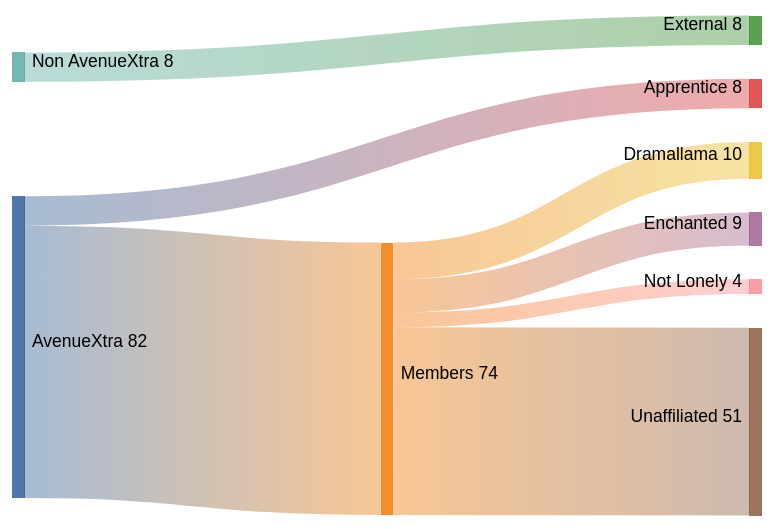
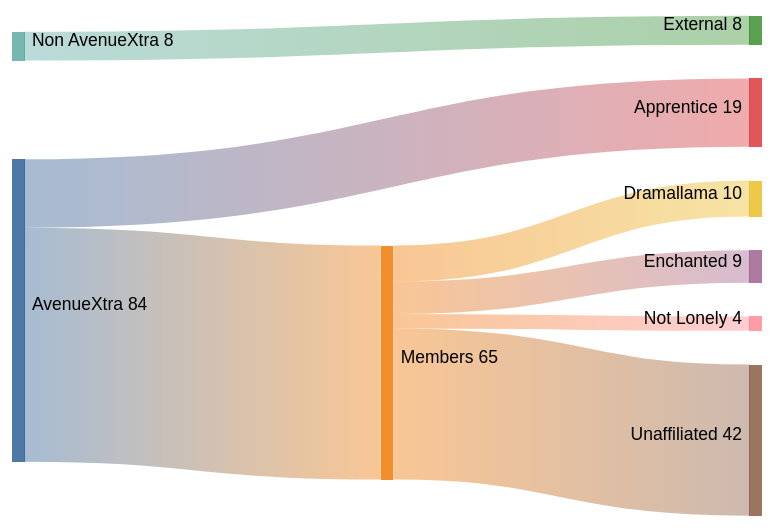
One commit to gns168/wwm168 changed the first of 3 diagrams in content/Guild/Sankey.md. Above: the diagram before and after it, drawn with Mermaid (neutral theme). The commit also changed other lines of this file and 10 other files, not shown here.

````diff
--- a/content/Guild/Sankey.md
+++ b/content/Guild/Sankey.md
@@ -15,12 +15,12 @@
 ```mermaid
 sankey-beta
 
-AvenueXtra, Members, 74
-AvenueXtra, Apprentice, 8
+AvenueXtra, Members, 65
+AvenueXtra, Apprentice, 19
 Non AvenueXtra, External, 8
 
 Members, Dramallama, 10
 Members, Enchanted,  9
 Members, Not Lonely,  4
-Members, Unaffiliated, 51
+Members, Unaffiliated, 42
 ```
````
